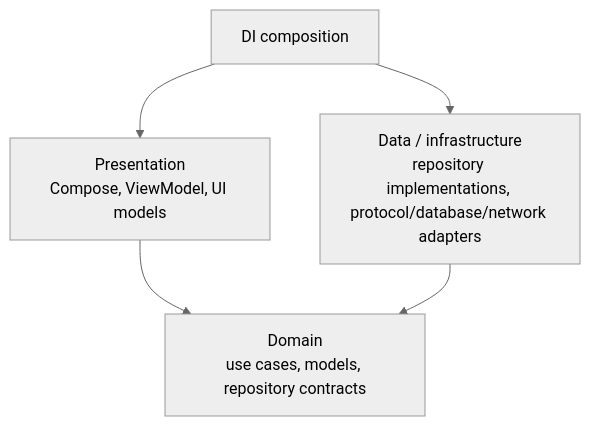
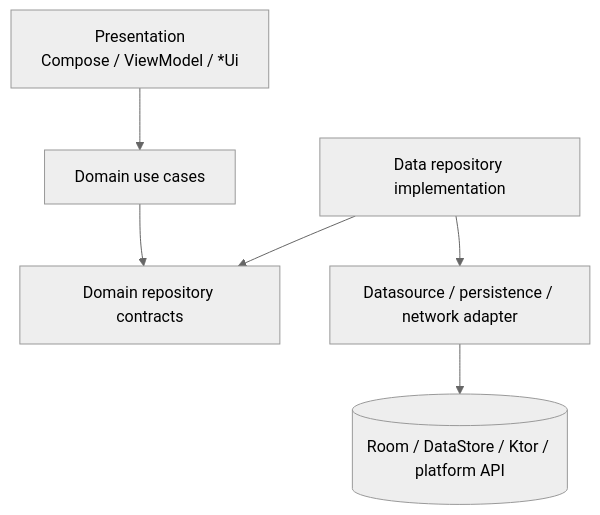
Before and after one commit to cbgm/Sparrow: the second of 3 diagrams in docs/architecture/overview.md, drawn with Mermaid (neutral theme). The commit also changed other lines of this file and 66 other files, not shown here.

````diff
--- a/docs/architecture/overview.md
+++ b/docs/architecture/overview.md
@@ -82,7 +80,8 @@
 ```mermaid
 flowchart TD
-    P[Presentation<br/>Compose, ViewModel, UI models] --> D[Domain<br/>use cases, models, repository contracts]
-    I[Data / infrastructure<br/>repository implementations, protocol/database/network adapters] --> D
-    DI[DI composition] --> P
-    DI --> I
+    P[Presentation\nCompose / ViewModel / *Ui] --> U[Domain use cases]
+    U --> R[Domain repository contracts]
+    RI[Data repository implementation] --> R
+    RI --> DS[Datasource / persistence / network adapter]
+    DS --> EXT[(Room / DataStore / Ktor / platform API)]
 ```
````
